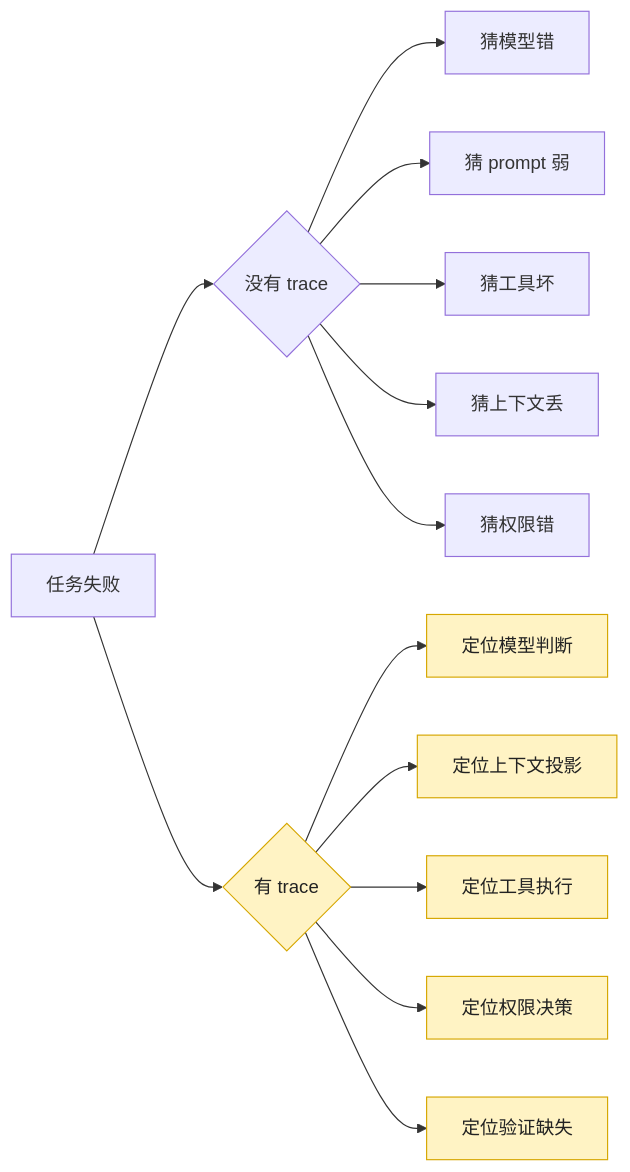
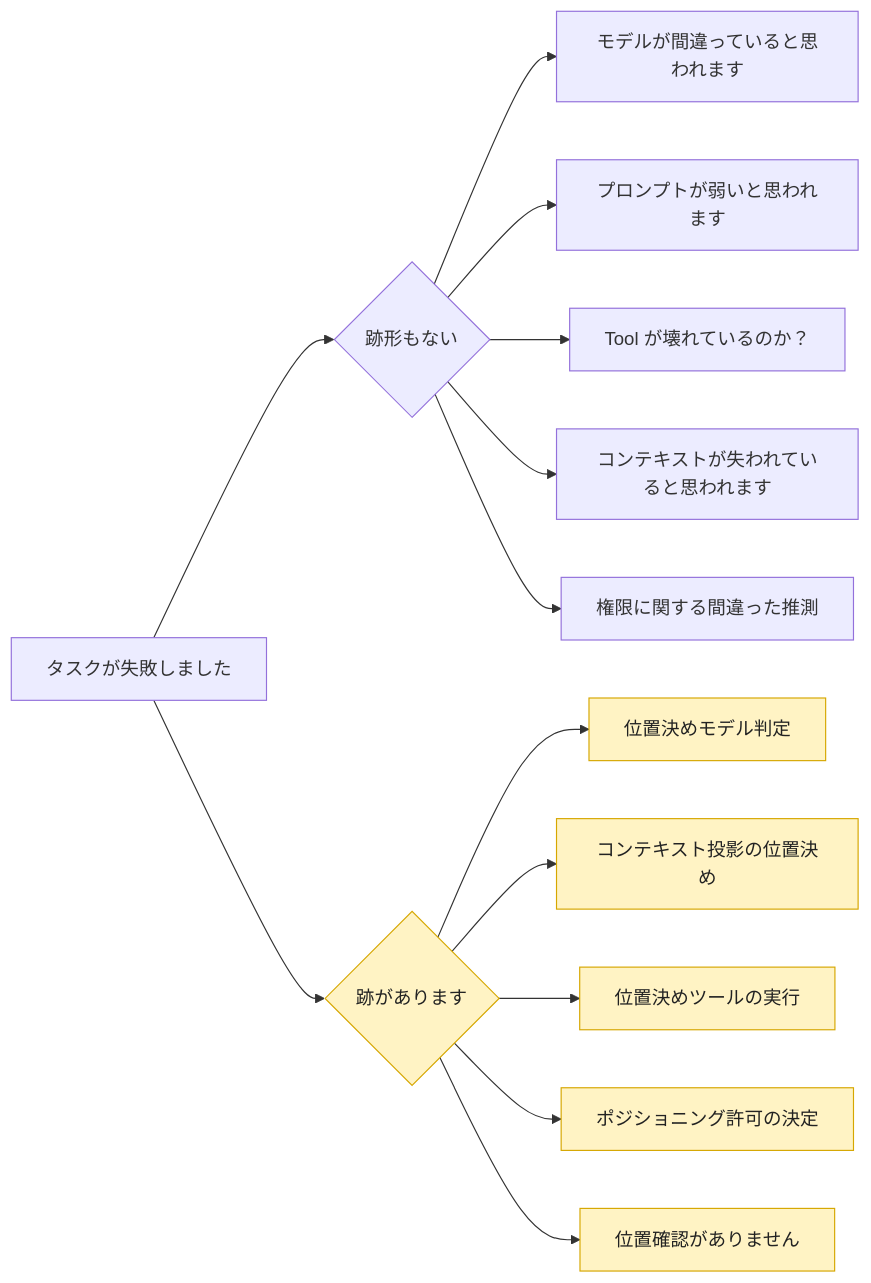
The diagram in src/content/blog/ja/AI/build-harness/assets/00-19-trace-analysis-agent-failures/mermaid-01.mmd (LienJack/learn-agent), drawn with Mermaid before and after one commit. The commit also changed 665 other files, not shown here.

```diff
--- a/src/content/blog/ja/AI/build-harness/assets/00-19-trace-analysis-agent-failures/mermaid-01.mmd
+++ b/src/content/blog/ja/AI/build-harness/assets/00-19-trace-analysis-agent-failures/mermaid-01.mmd
@@ -1,17 +1,17 @@
 flowchart LR
-  F["任务失败"] --> G{"没有 trace"}
-  G --> A["猜模型错"]
-  G --> B["猜 prompt 弱"]
-  G --> C["猜工具坏"]
-  G --> D["猜上下文丢"]
-  G --> E["猜权限错"]
+  F["タスクが失敗しました"] --> G{"跡形もない"}
+  G --> A["モデルが間違っていると思われます"]
+  G --> B["プロンプトが弱いと思われます"]
+  G --> C["Tool が壊れているのか？"]
+  G --> D["コンテキストが失われていると思われます"]
+  G --> E["権限に関する間違った推測"]
 
-  F --> T{"有 trace"}
-  T --> M["定位模型判断"]
-  T --> X["定位上下文投影"]
-  T --> R["定位工具执行"]
-  T --> P["定位权限决策"]
-  T --> V["定位验证缺失"]
+  F --> T{"跡があります"}
+  T --> M["位置決めモデル判定"]
+  T --> X["コンテキスト投影の位置決め"]
+  T --> R["位置決めツールの実行"]
+  T --> P["ポジショニング許可の決定"]
+  T --> V["位置確認がありません"]
 
   classDef hot fill:#fff3c4,stroke:#d6a700,color:#222;
   class T,M,X,R,P,V hot;
```
